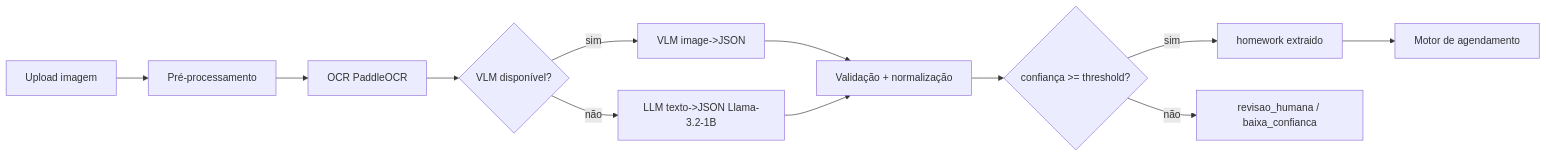
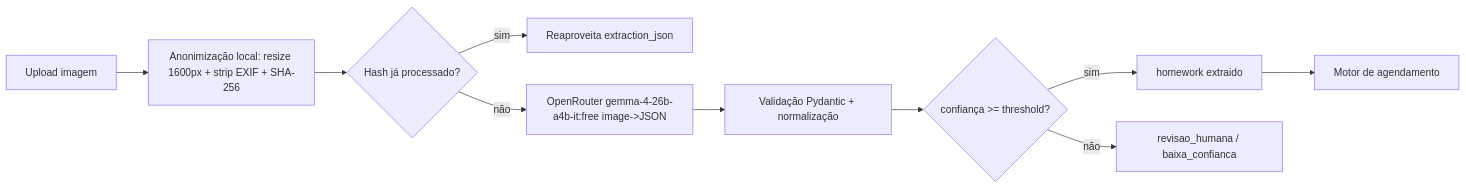
The second of 2 diagrams in SPECS.md (elrcosta-lab/hora_da_tarefa), drawn with Mermaid before and after one commit. The commit also changed other lines of this file and 14 other files, not shown here.

First line of the commit message:
feat: integrate OpenRouter gemma-4-26b free extraction, replace local VLM

````diff
--- a/SPECS.md
+++ b/SPECS.md
@@ -752,14 +753,12 @@
 ```mermaid
 flowchart LR
-  A[Upload imagem] --> B[Pré-processamento]
-  B --> C[OCR PaddleOCR]
-  C --> D{VLM disponível?}
-  D -- sim --> E[VLM image->JSON]
-  D -- não --> F[LLM texto->JSON Llama-3.2-1B]
-  E --> G[Validação + normalização]
-  F --> G
+  A[Upload imagem] --> B[Anonimização local: resize 1600px + strip EXIF + SHA-256]
+  B --> C{Hash já processado?}
+  C -- sim --> K[Reaproveita extraction_json]
+  C -- não --> E[OpenRouter gemma-4-26b-a4b-it:free image->JSON]
+  E --> G[Validação Pydantic + normalização]
   G --> H{confiança >= threshold?}
   H -- sim --> I[homework extraido]
   H -- não --> J[revisao_humana / baixa_confianca]
-  I --> K[Motor de agendamento]
+  I --> K2[Motor de agendamento]
 ```
````
